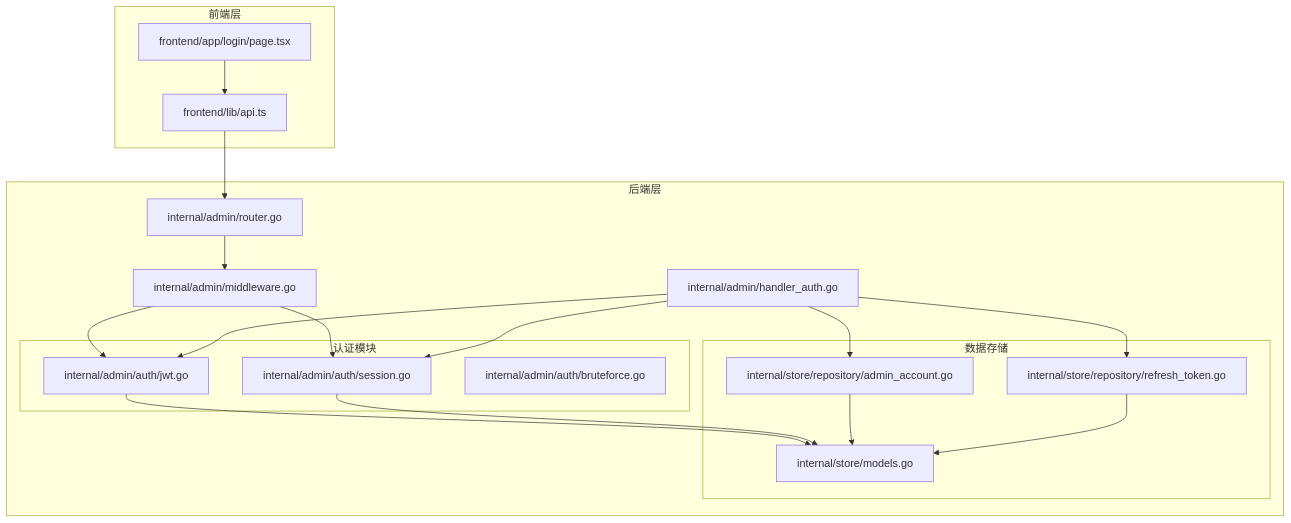
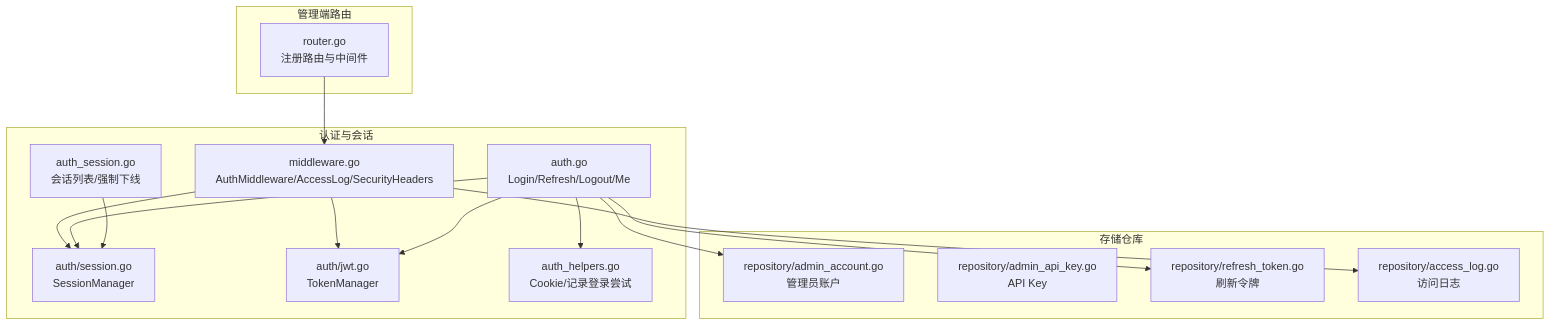
The first of 10 diagrams in docs/安全机制/会话管理.md (x01n/My-OpenWaf), drawn with Mermaid before and after one commit. The commit also changed other lines of this file and 199 other files, not shown here.

````diff
--- a/docs/安全机制/会话管理.md
+++ b/docs/安全机制/会话管理.md
@@ -39,35 +40,30 @@
 ```mermaid
 graph TB
-subgraph "前端层"
-FE_API[frontend/lib/api.ts]
-FE_LOGIN[frontend/app/login/page.tsx]
+subgraph "管理端路由"
+R["router.go<br/>注册路由与中间件"]
 end
-subgraph "后端层"
-ROUTER[internal/admin/router.go]
-MIDDLEWARE[internal/admin/middleware.go]
-HANDLER[internal/admin/handler_auth.go]
-subgraph "认证模块"
-JWT[internal/admin/auth/jwt.go]
-SESSION[internal/admin/auth/session.go]
-BRUTEFORCE[internal/admin/auth/bruteforce.go]
+subgraph "认证与会话"
+MW["middleware.go<br/>AuthMiddleware/AccessLog/SecurityHeaders"]
+SM["auth/session.go<br/>SessionManager"]
+TM["auth/jwt.go<br/>TokenManager"]
+AH["auth.go<br/>Login/Refresh/Logout/Me"]
+AHLP["auth_helpers.go<br/>Cookie/记录登录尝试"]
+ASH["auth_session.go<br/>会话列表/强制下线"]
 end
-subgraph "数据存储"
-MODELS[internal/store/models.go]
-ACCOUNT_REPO[internal/store/repository/admin_account.go]
-RT_REPO[internal/store/repository/refresh_token.go]
+subgraph "存储仓库"
+AAR["repository/admin_account.go<br/>管理员账户"]
+AIR["repository/admin_api_key.go<br/>API Key"]
+RTR["repository/refresh_token.go<br/>刷新令牌"]
+ALR["repository/access_log.go<br/>访问日志"]
 end
-end
-FE_API --> ROUTER
-FE_LOGIN --> FE_API
-ROUTER --> MIDDLEWARE
-MIDDLEWARE --> JWT
-MIDDLEWARE --> SESSION
-HANDLER --> JWT
-HANDLER --> SESSION
-HANDLER --> ACCOUNT_REPO
-HANDLER --> RT_REPO
-JWT --> MODELS
-SESSION --> MODELS
-ACCOUNT_REPO --> MODELS
-RT_REPO --> MODELS
+R --> MW
+MW --> TM
+MW --> SM
+AH --> TM
+AH --> SM
+AH --> RTR
+AH --> AAR
+AH --> AHLP
+ASH --> SM
+MW --> ALR
 ```
````
